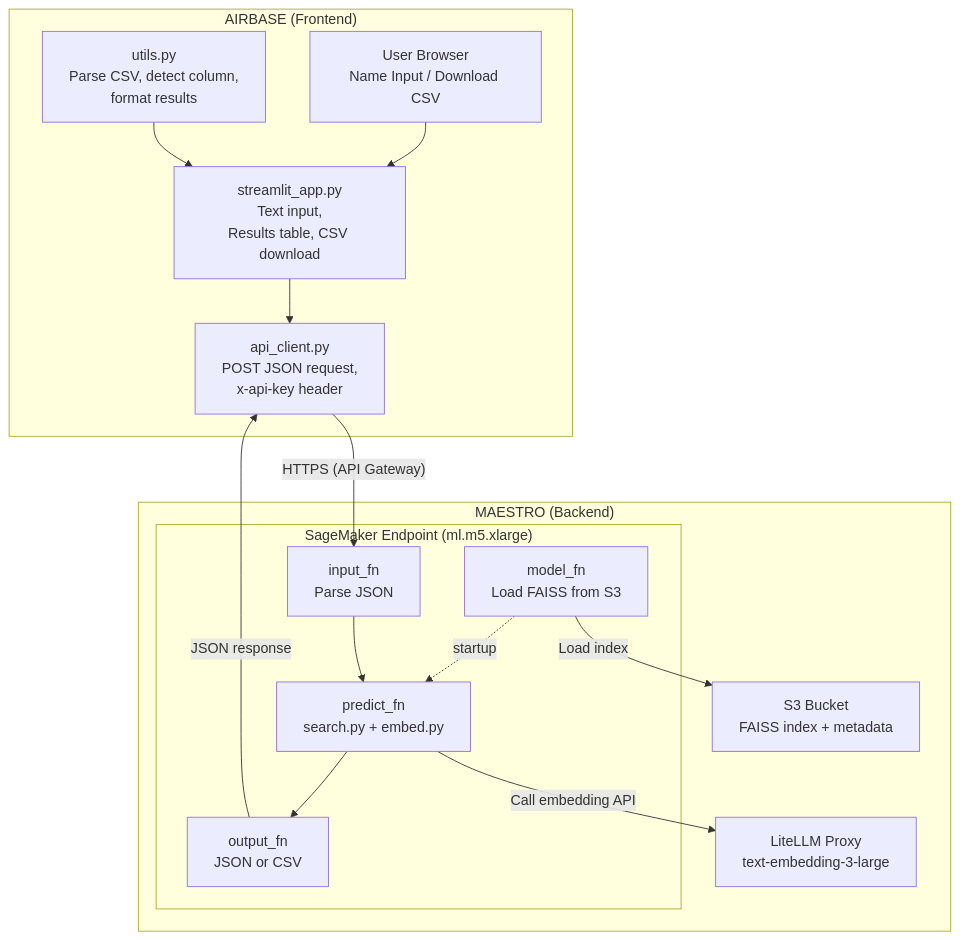
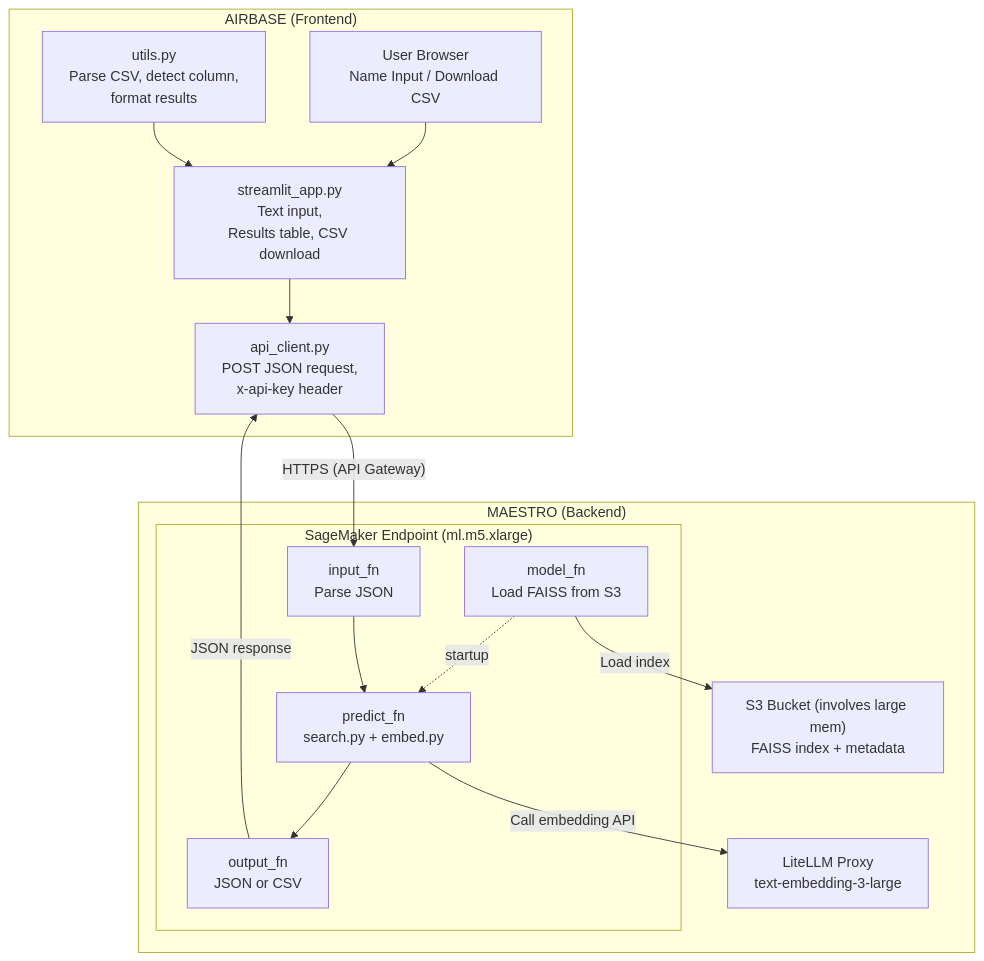
One commit to supperr-coder/gst-registrants changed the first of 2 diagrams in README.md. Above: the diagram before and after it, drawn with Mermaid.

Commit message:
Update S3 Bucket description in README

````diff
--- a/README.md
+++ b/README.md
@@ -7,35 +7,35 @@
 ```mermaid
 graph TB
     subgraph Airbase ["AIRBASE (Frontend)"]
         User["User Browser<br/>Name Input / Download CSV"]
         App["streamlit_app.py<br/>Text input,<br/>Results table, CSV download"]
         API["api_client.py<br/>POST JSON request,<br/>x-api-key header"]
         Utils["utils.py<br/>Parse CSV, detect column,<br/>format results"]
 
         User --> App
         App --> API
         Utils --> App
     end
 
     API -- "HTTPS (API Gateway)" --> Inference
 
     subgraph MAESTRO ["MAESTRO (Backend)"]
         subgraph Endpoint ["SageMaker Endpoint (ml.m5.xlarge)"]
             ModelFn["model_fn<br/>Load FAISS from S3"]
             Inference["input_fn<br/>Parse JSON"]
             Predict["predict_fn<br/>search.py + embed.py"]
             Output["output_fn<br/>JSON or CSV"]
 
             ModelFn -. "startup" .-> Predict
             Inference --> Predict --> Output
         end
 
-        S3["S3 Bucket<br/>FAISS index + metadata"]
+        S3["S3 Bucket (involves large mem)<br/>FAISS index + metadata"]
         LiteLLM["LiteLLM Proxy<br/>text-embedding-3-large"]
 
         ModelFn -- "Load index" --> S3
         Predict -- "Call embedding API" --> LiteLLM
     end
 
     Output -- "JSON response" --> API
 ```
````
